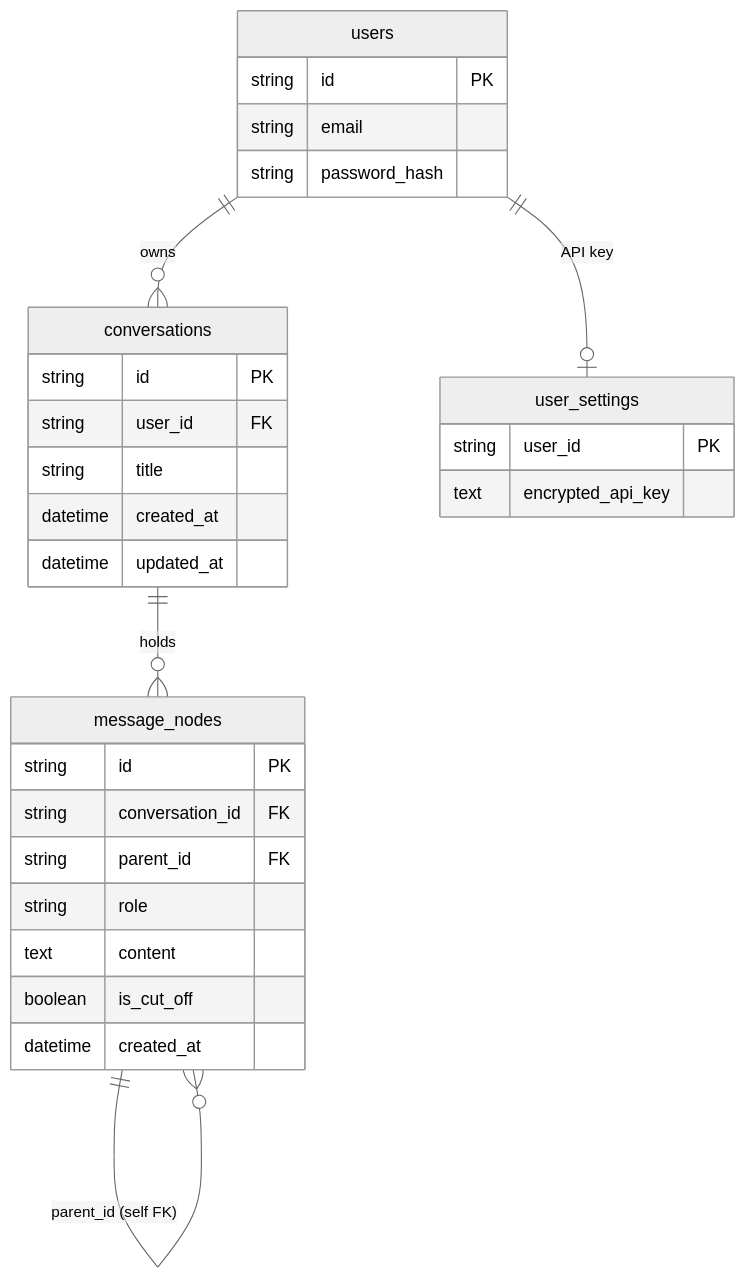
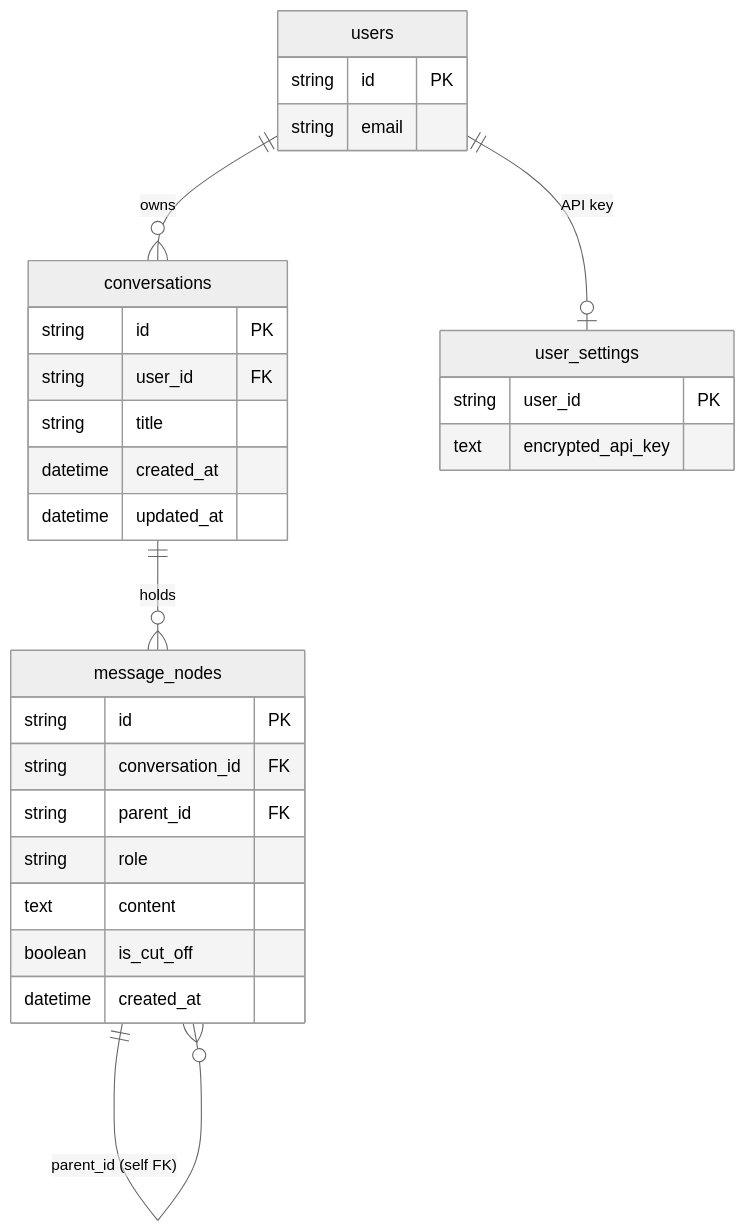
One commit to TiagoSantos16/Ramea-Chat changed the fifth of 5 diagrams in README.md. Above: the diagram before and after it, drawn with Mermaid (neutral theme). The commit also changed other lines of this file, not shown here.

````diff
--- a/README.md
+++ b/README.md
@@ -330,33 +369,32 @@
 ```mermaid
 erDiagram
     users {
         string id PK
         string email
-        string password_hash
     }
     conversations {
         string id PK
         string user_id FK
         string title
         datetime created_at
         datetime updated_at
     }
     message_nodes {
         string id PK
         string conversation_id FK
         string parent_id FK
         string role
         text content
         boolean is_cut_off
         datetime created_at
     }
     user_settings {
         string user_id PK
         text encrypted_api_key
     }
 
     users ||--o{ conversations : "owns"
     users ||--o| user_settings : "API key"
     conversations ||--o{ message_nodes : "holds"
     message_nodes ||--o{ message_nodes : "parent_id (self FK)"
 ```
````
